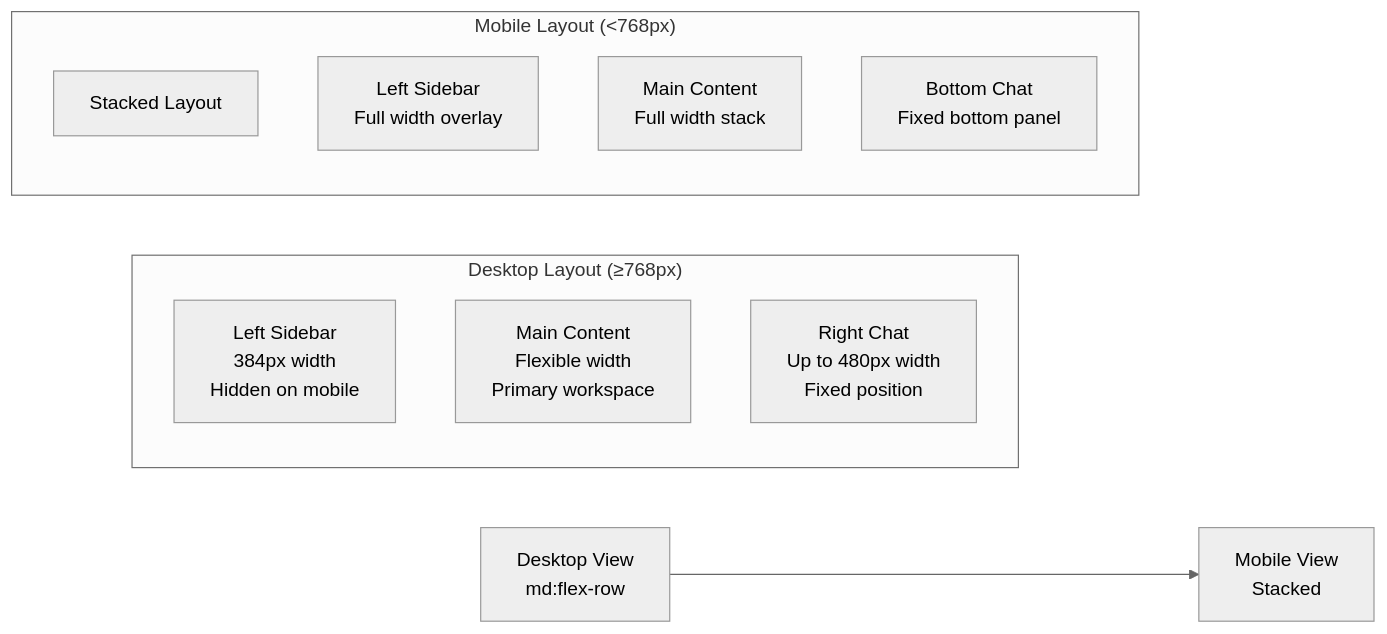
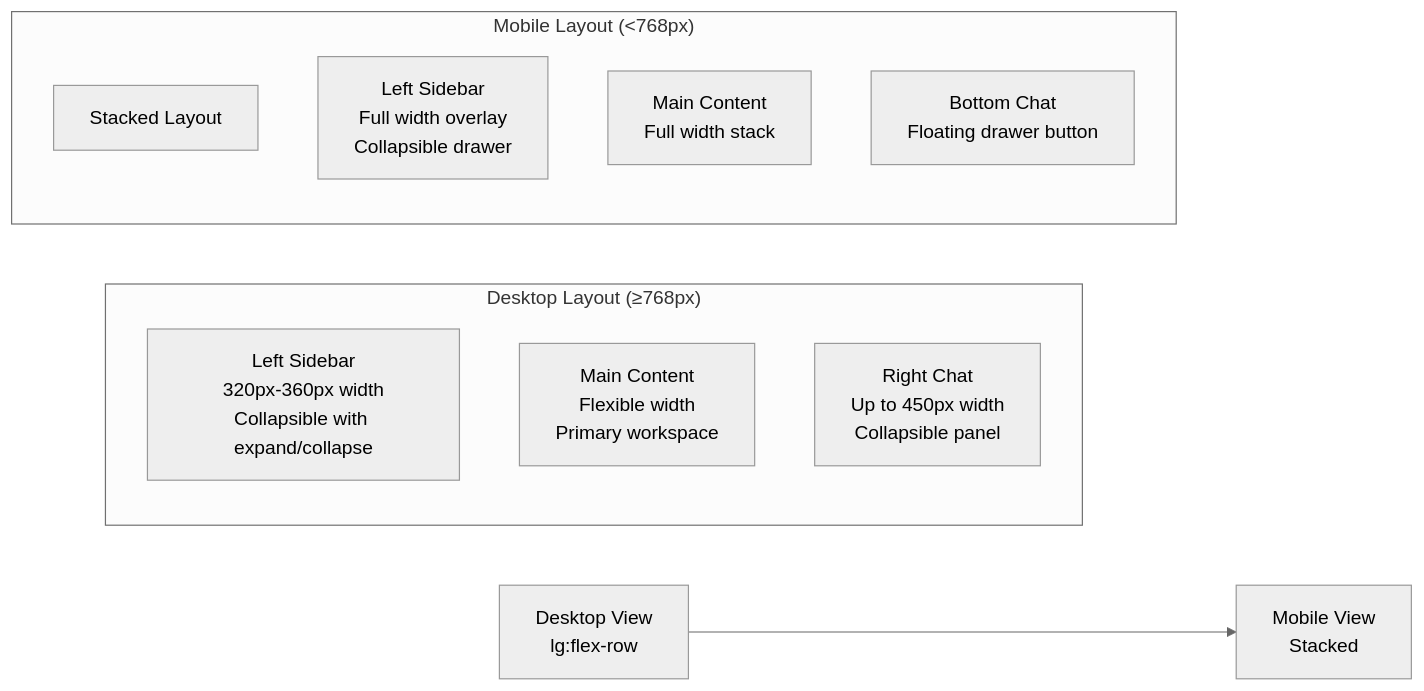
One commit to peixuanhu/goal-mate changed the second of 15 diagrams in .qoder/repowiki/en/content/Frontend Architecture/Main Layout System.md. Above: the diagram before and after it, drawn with Mermaid (neutral theme). The commit also changed other lines of this file and 14 other files, not shown here.

First line of the commit message:
feat(layout): enhance main layout with mobile drawer and responsive quadrants

````diff
--- a/.qoder/repowiki/en/content/Frontend Architecture/Main Layout System.md
+++ b/.qoder/repowiki/en/content/Frontend Architecture/Main Layout System.md
@@ -116,15 +122,15 @@
 ```mermaid
 flowchart LR
 subgraph "Desktop Layout (≥768px)"
-LeftSidebar[Left Sidebar<br/>384px width<br/>Hidden on mobile]
+LeftSidebar[Left Sidebar<br/>320px-360px width<br/>Collapsible with expand/collapse]
 MainContent[Main Content<br/>Flexible width<br/>Primary workspace]
-RightChat[Right Chat<br/>Up to 480px width<br/>Fixed position]
+RightChat[Right Chat<br/>Up to 450px width<br/>Collapsible panel]
 end
 subgraph "Mobile Layout (<768px)"
 MobileStructure[Stacked Layout]
-MobileSidebar[Left Sidebar<br/>Full width overlay]
+MobileSidebar[Left Sidebar<br/>Full width overlay<br/>Collapsible drawer]
 MobileContent[Main Content<br/>Full width stack]
-MobileChat[Bottom Chat<br/>Fixed bottom panel]
+MobileChat[Bottom Chat<br/>Floating drawer button]
 end
-DesktopLayout["Desktop View<br/>md:flex-row"] --> MobileLayout["Mobile View<br/>Stacked"]
+DesktopLayout["Desktop View<br/>lg:flex-row"] --> MobileLayout["Mobile View<br/>Stacked"]
 ```
````
